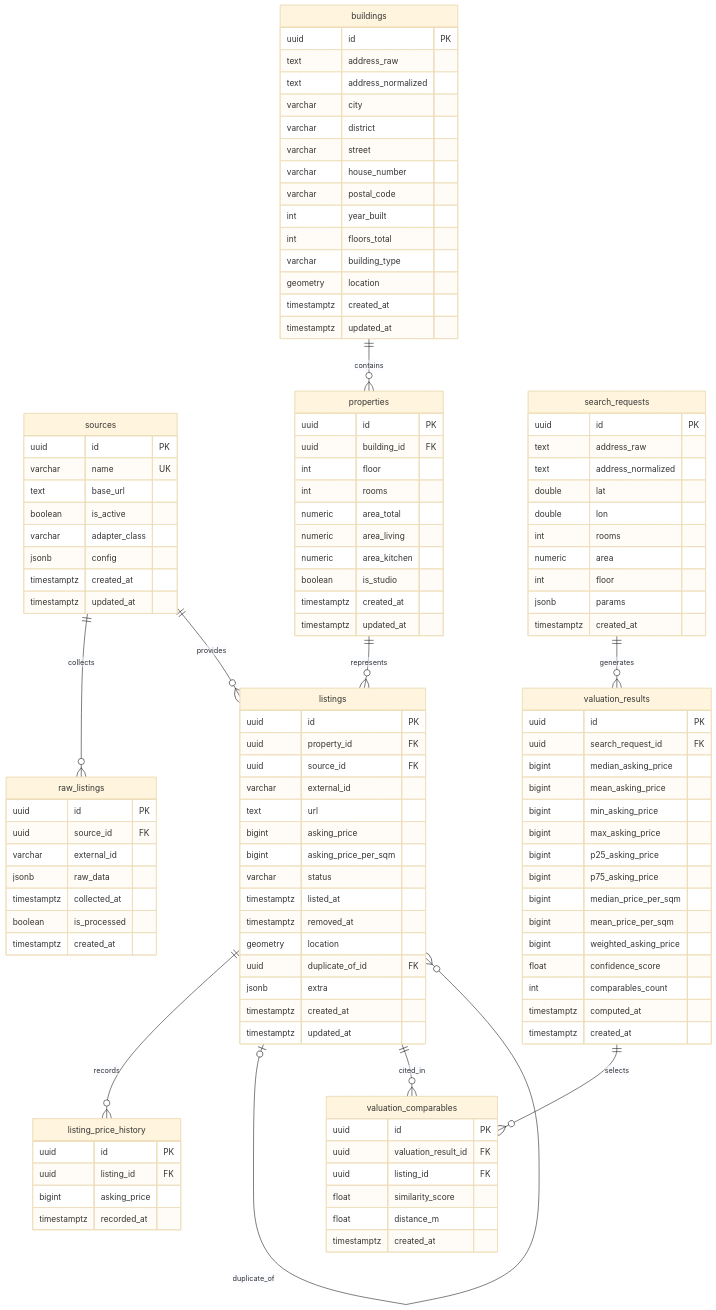
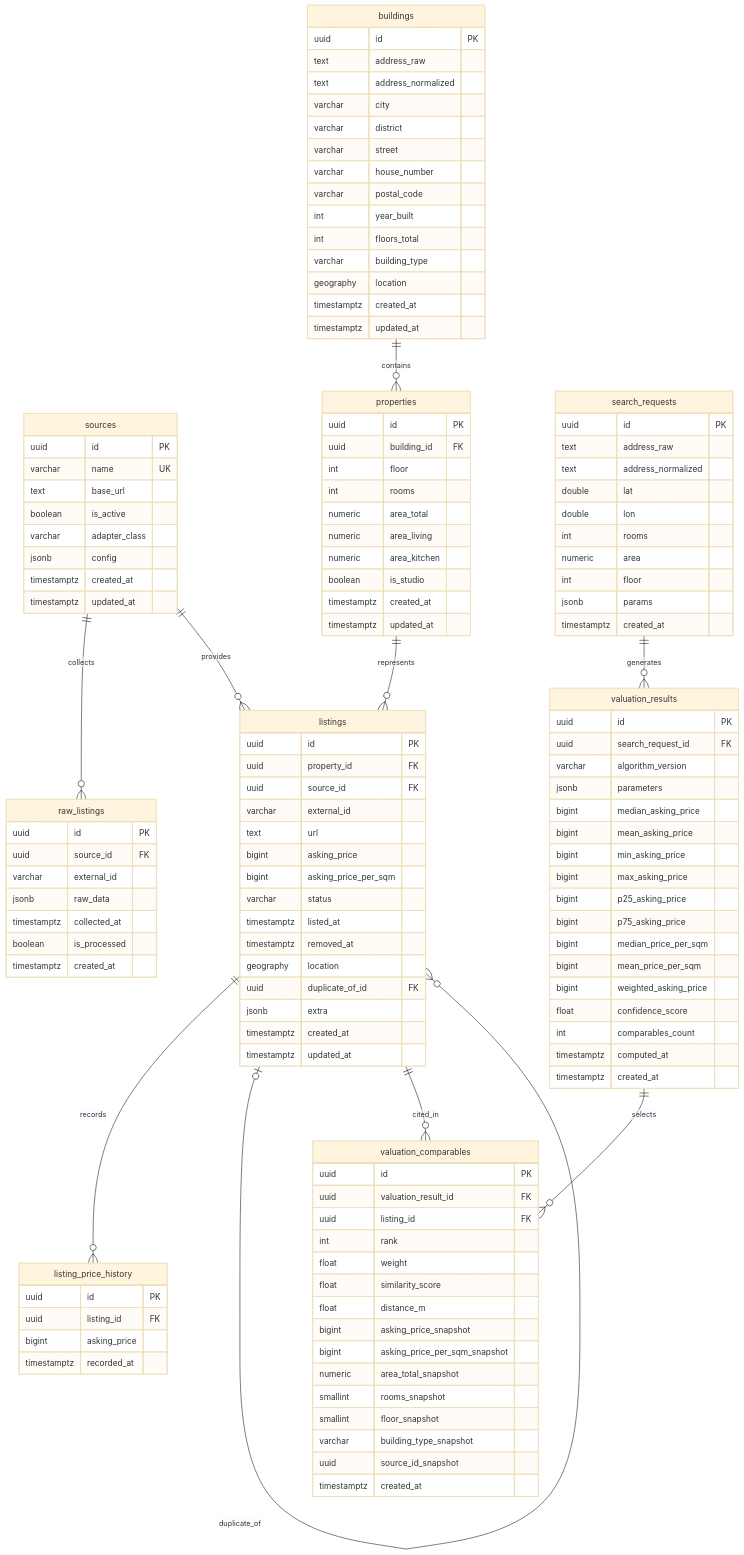
One commit to aofrol/real-estate-analyzer changed the diagram in docs/database-design-v0.1.md. Above: the diagram before and after it, drawn with Mermaid (base theme). The commit also changed other lines of this file, not shown here.

```diff
--- a/docs/database-design-v0.1.md
+++ b/docs/database-design-v0.1.md
@@ -50,7 +50,7 @@
         int year_built
         int floors_total
         varchar building_type
-        geometry location
+        geography location
         timestamptz created_at
         timestamptz updated_at
     }
@@ -86,7 +86,7 @@
         varchar status
         timestamptz listed_at
         timestamptz removed_at
-        geometry location
+        geography location
         uuid duplicate_of_id FK
         jsonb extra
         timestamptz created_at
@@ -113,6 +113,8 @@
     valuation_results {
         uuid id PK
         uuid search_request_id FK
+        varchar algorithm_version
+        jsonb parameters
         bigint median_asking_price
         bigint mean_asking_price
         bigint min_asking_price
@@ -131,8 +133,17 @@
         uuid id PK
         uuid valuation_result_id FK
         uuid listing_id FK
+        int rank
+        float weight
         float similarity_score
         float distance_m
+        bigint asking_price_snapshot
+        bigint asking_price_per_sqm_snapshot
+        numeric area_total_snapshot
+        smallint rooms_snapshot
+        smallint floor_snapshot
+        varchar building_type_snapshot
+        uuid source_id_snapshot
         timestamptz created_at
     }
 
```
